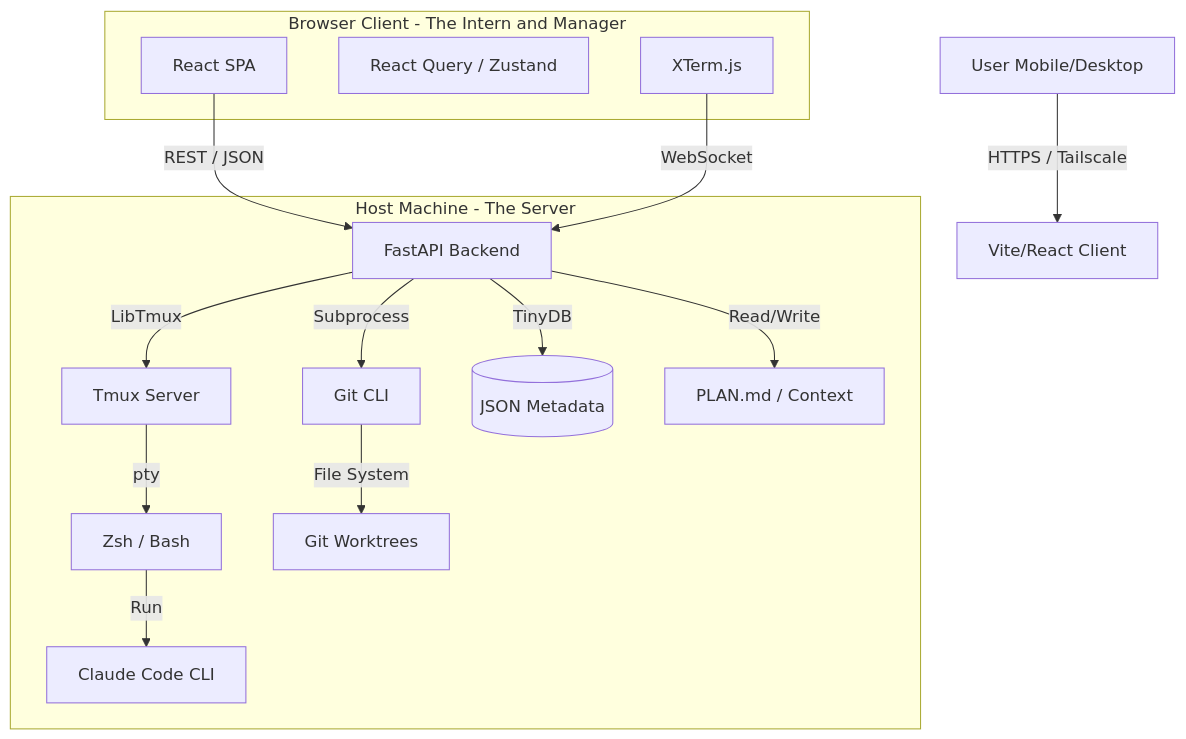
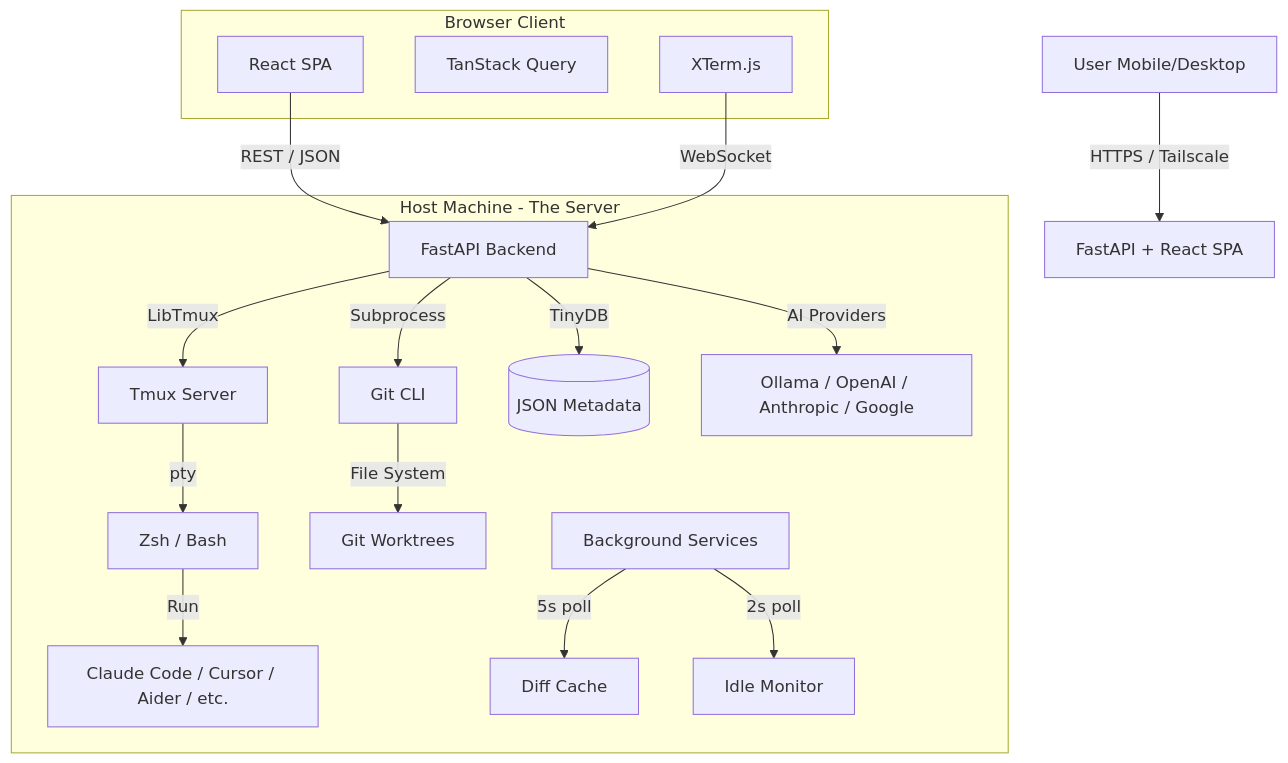
Before and after one commit to voglster/lumbergh: the diagram in docs/architecture.md, drawn with Mermaid. The commit also changed other lines of this file and 4 other files, not shown here.

First line of the commit message:
docs: update architecture and PRD for phase 5 completion

````diff
--- a/docs/architecture.md
+++ b/docs/architecture.md
@@ -7,25 +7,29 @@
 ```mermaid
 graph TD
-    User[User Mobile/Desktop] -->|HTTPS / Tailscale| Nginx[Vite/React Client]
+    User[User Mobile/Desktop] -->|HTTPS / Tailscale| App[FastAPI + React SPA]
 
     subgraph Host Machine - The Server
         API[FastAPI Backend] -->|LibTmux| Tmux[Tmux Server]
         API -->|Subprocess| Git[Git CLI]
         API -->|TinyDB| DB[(JSON Metadata)]
+        API -->|AI Providers| AI[Ollama / OpenAI / Anthropic / Google]
 
         Tmux -->|pty| Shell[Zsh / Bash]
-        Shell -->|Run| Claude[Claude Code CLI]
+        Shell -->|Run| Claude[Claude Code / Cursor / Aider / etc.]
 
         Git -->|File System| Worktrees[Git Worktrees]
-        API -->|Read/Write| Markdown[PLAN.md / Context]
+
+        BG[Background Services]
+        BG -->|5s poll| DiffCache[Diff Cache]
+        BG -->|2s poll| IdleMonitor[Idle Monitor]
     end
 
-    subgraph Browser Client - The Intern and Manager
+    subgraph Browser Client
         React[React SPA]
-        Store[React Query / Zustand]
+        Store[TanStack Query]
         Term[XTerm.js]
     end
 
     React -->|REST / JSON| API
     Term -->|WebSocket| API
 ```
````
